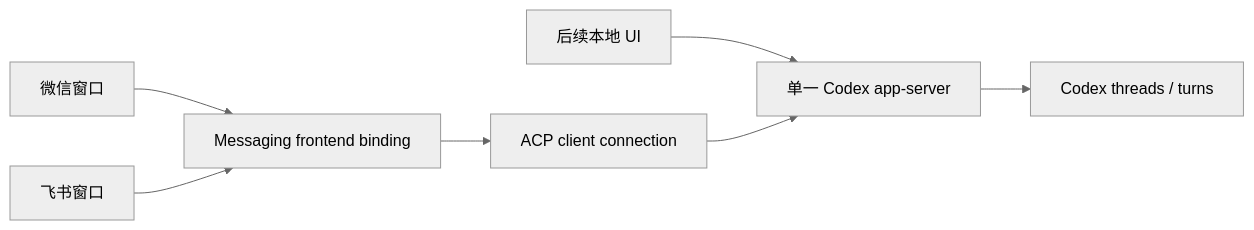
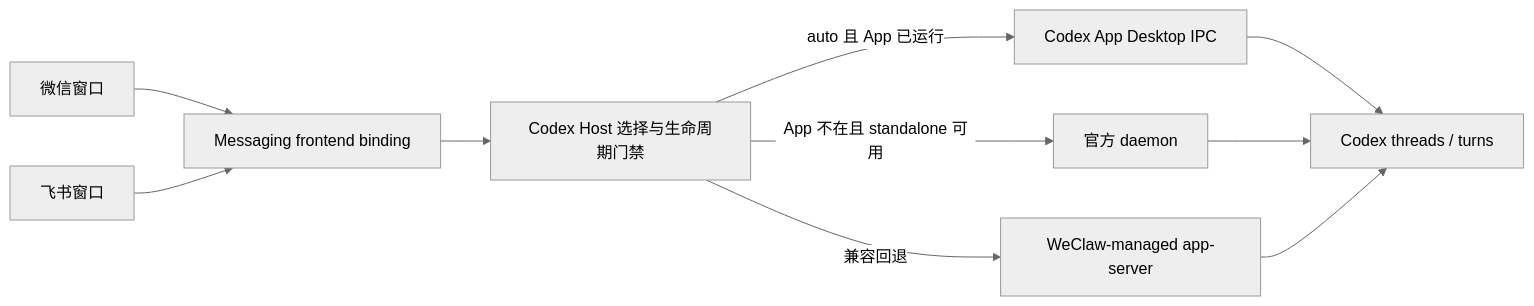
One commit to TingRuDeng/weclaw changed the diagram in docs/superpowers/specs/2026-07-18-codex-single-app-server-design.md. Above: the diagram before and after it, drawn with Mermaid (neutral theme). The commit also changed other lines of this file and 44 other files, not shown here.

````diff
--- a/docs/superpowers/specs/2026-07-18-codex-single-app-server-design.md
+++ b/docs/superpowers/specs/2026-07-18-codex-single-app-server-design.md
@@ -24,9 +26,12 @@
 ```mermaid
 flowchart LR
     W[微信窗口] --> M[Messaging frontend binding]
     F[飞书窗口] --> M
-    L[后续本地 UI] --> S
-    M --> C[ACP client connection]
-    C --> S[单一 Codex app-server]
-    S --> T[Codex threads / turns]
+    M --> R[Codex Host 选择与生命周期门禁]
+    R -->|auto 且 App 已运行| D[Codex App Desktop IPC]
+    R -->|App 不在且 standalone 可用| O[官方 daemon]
+    R -->|兼容回退| C[WeClaw-managed app-server]
+    D --> T[Codex threads / turns]
+    O --> T
+    C --> T
 ```
````
